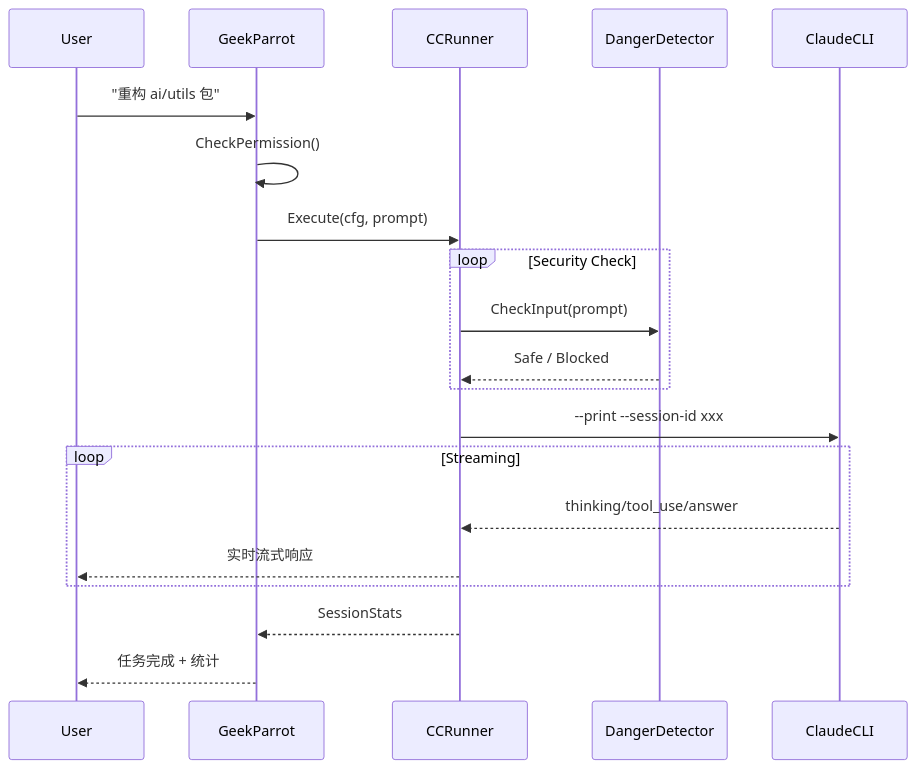
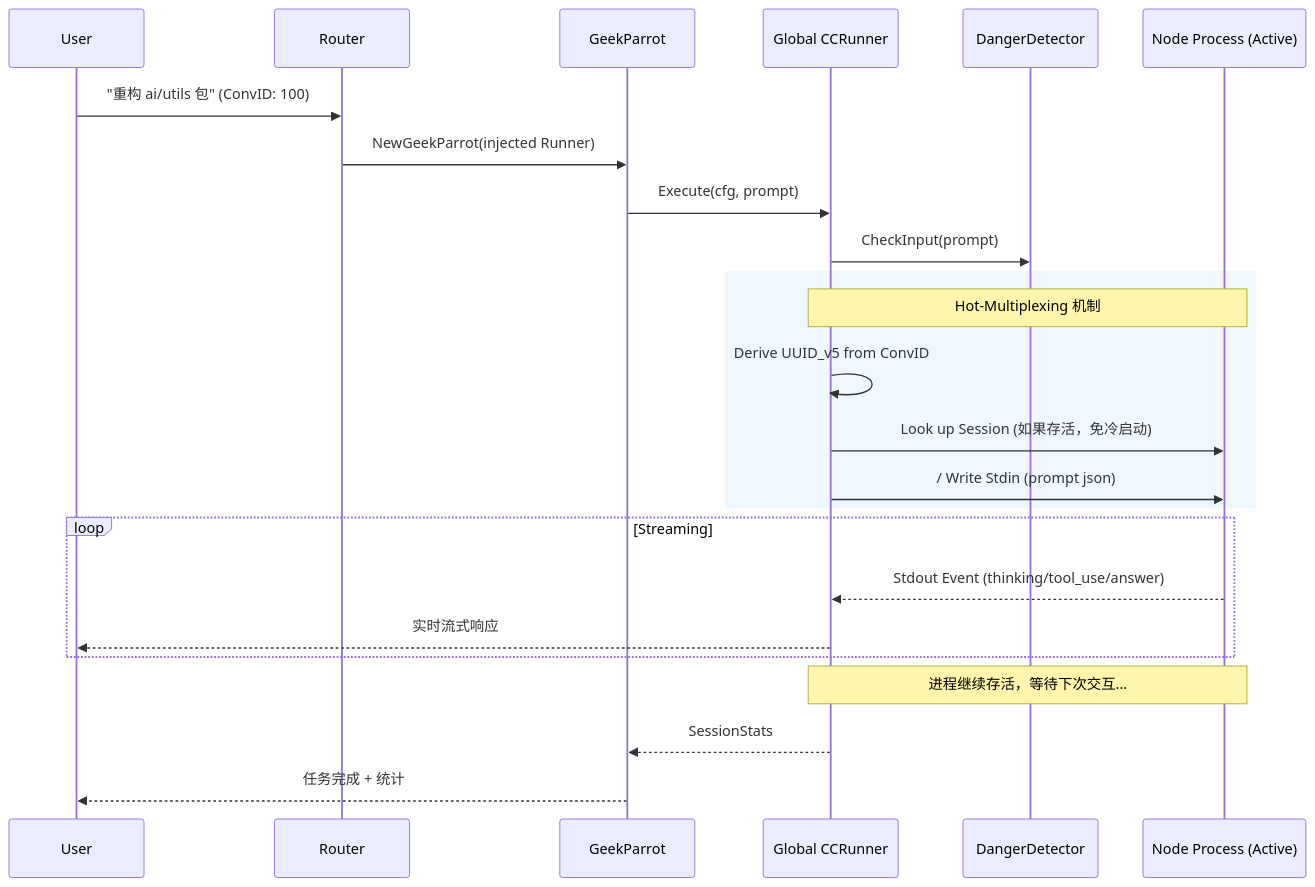
The diagram in ai/agents/geek/README.md (88lin/divinesense), drawn with Mermaid before and after one commit. The commit also changed other lines of this file and 23 other files, not shown here.

First line of the commit message:
refactor(ai/runner): CCRunner 多路复用架构升级与优雅关闭 (#272)

````diff
--- a/ai/agents/geek/README.md
+++ b/ai/agents/geek/README.md
@@ -34,27 +32,31 @@
 ```mermaid
 sequenceDiagram
     participant User
+    participant Router
     participant GeekParrot
-    participant CCRunner
-    participant DangerDetector
-    participant ClaudeCLI
+    participant CCRunner as Global CCRunner
+    participant DD as DangerDetector
+    participant OS as Node Process (Active)
 
-    User->>GeekParrot: "重构 ai/utils 包"
-    GeekParrot->>GeekParrot: CheckPermission()
+    User->>Router: "重构 ai/utils 包" (ConvID: 100)
+    Router->>GeekParrot: NewGeekParrot(injected Runner)
     GeekParrot->>CCRunner: Execute(cfg, prompt)
 
-    loop Security Check
-        CCRunner->>DangerDetector: CheckInput(prompt)
-        DangerDetector-->>CCRunner: Safe / Blocked
+    CCRunner->>DD: CheckInput(prompt)
+    
+    rect rgb(240, 248, 255)
+        Note over CCRunner,OS: Hot-Multiplexing 机制
+        CCRunner->>CCRunner: Derive UUID_v5 from ConvID
+        CCRunner->>OS: Look up Session (如果存活，免冷启动)
+        CCRunner->>OS: / Write Stdin (prompt json)
     end
 
-    CCRunner->>ClaudeCLI: --print --session-id xxx
-
     loop Streaming
-        ClaudeCLI-->>CCRunner: thinking/tool_use/answer
+        OS-->>CCRunner: Stdout Event (thinking/tool_use/answer)
         CCRunner-->>User: 实时流式响应
     end
 
+    Note over CCRunner,OS: 进程继续存活，等待下次交互...
     CCRunner-->>GeekParrot: SessionStats
     GeekParrot-->>User: 任务完成 + 统计
 ```
````
